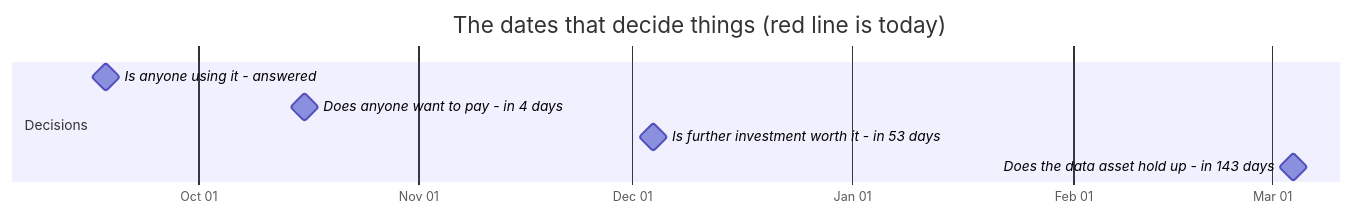
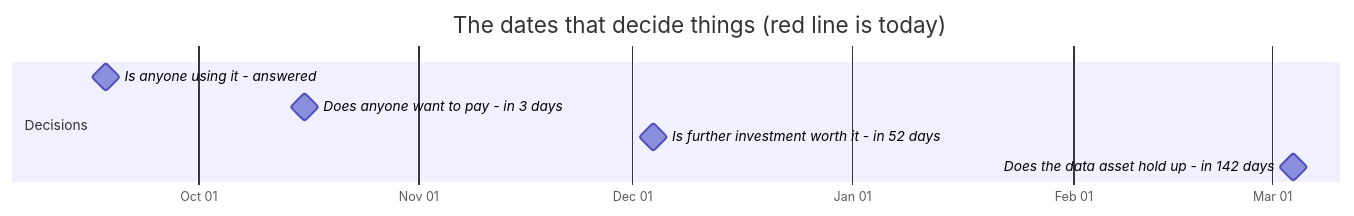
The first of 2 diagrams in docs/OWNER.md (jakegu1/vetagent), drawn with Mermaid before and after one commit. The commit also changed other lines of this file and 1 other file, not shown here.

````diff
--- a/docs/OWNER.md
+++ b/docs/OWNER.md
@@ -76,12 +76,12 @@
 ```mermaid
 gantt
     dateFormat YYYY-MM-DD
     axisFormat %b %d
     todayMarker stroke-width:3px,stroke:#d33,stroke-dasharray:0
     title The dates that decide things (red line is today)
     section Decisions
     Is anyone using it - answered :milestone, 2026-09-18, 0d
-    Does anyone want to pay - in 4 days :milestone, 2026-10-16, 0d
-    Is further investment worth it - in 53 days :milestone, 2026-12-04, 0d
-    Does the data asset hold up - in 143 days :milestone, 2027-03-04, 0d
+    Does anyone want to pay - in 3 days :milestone, 2026-10-16, 0d
+    Is further investment worth it - in 52 days :milestone, 2026-12-04, 0d
+    Does the data asset hold up - in 142 days :milestone, 2027-03-04, 0d
 ```
````
